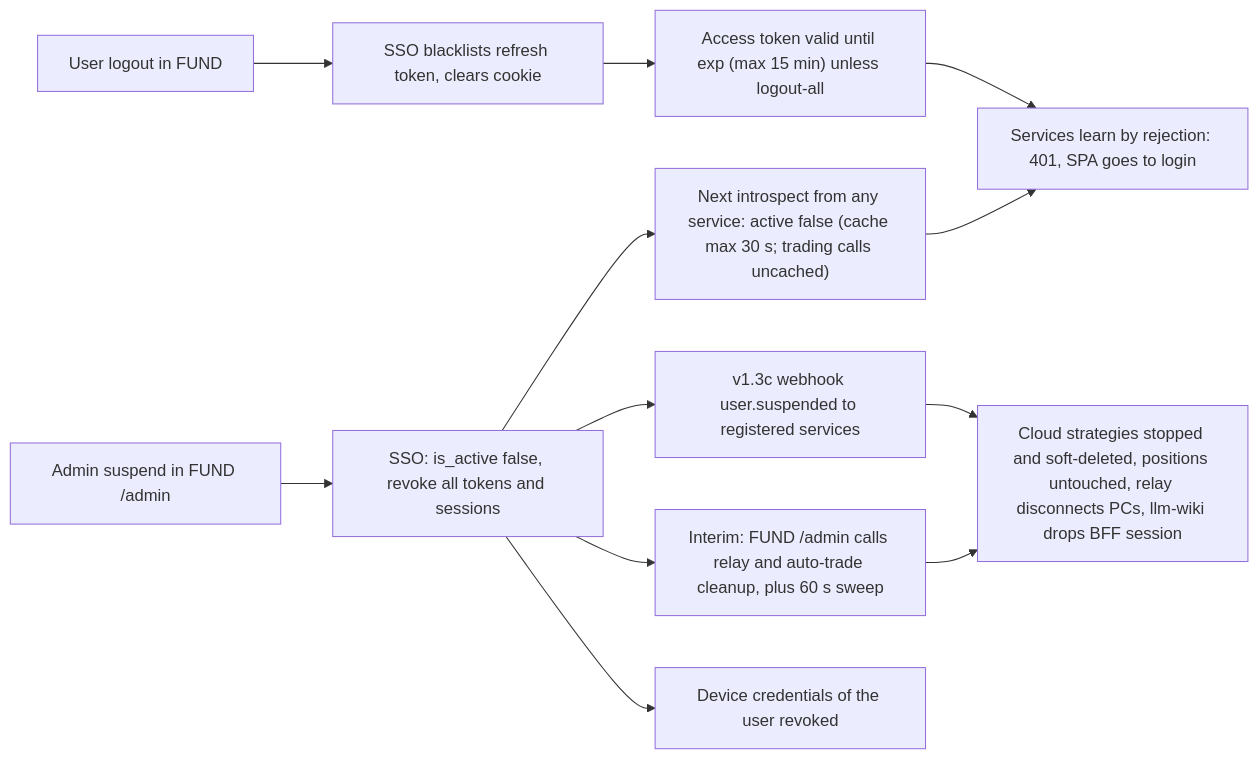
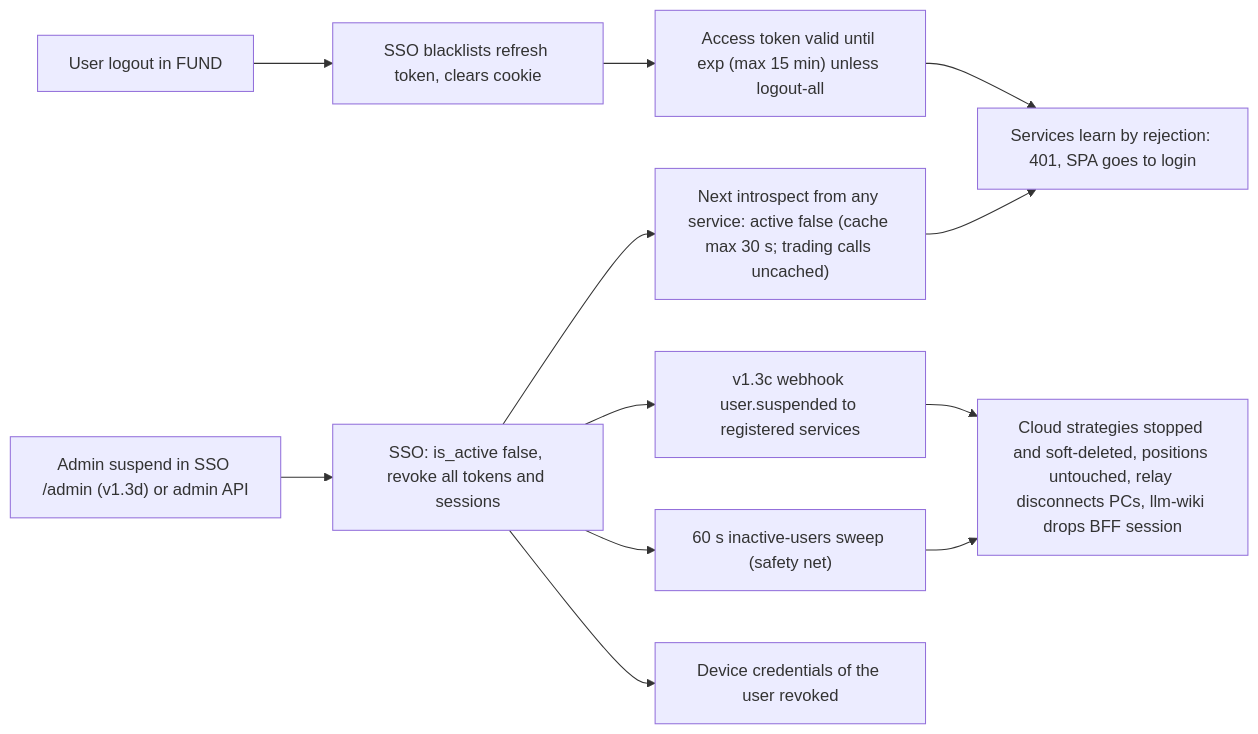
Diagram 17 of 18 in docs/ECOSYSTEM-INTEGRATION.md (Neural-Matrix-LLC/SSO-server), drawn with Mermaid before and after one commit. The commit also changed other lines of this file, not shown here.

Commit message:
docs(ecosystem): admin UI moves to the SSO (/admin, v1.3d); FUND v1.5b loses admin UI; SGMCP v1.4 design pointer

````diff
--- a/docs/ECOSYSTEM-INTEGRATION.md
+++ b/docs/ECOSYSTEM-INTEGRATION.md
@@ -828,14 +855,14 @@
 ```mermaid
 flowchart LR
   L["User logout in FUND"] --> R1["SSO blacklists refresh token, clears cookie"]
   R1 --> R2["Access token valid until exp (max 15 min) unless logout-all"]
-  S["Admin suspend in FUND /admin"] --> S1["SSO: is_active false, revoke all tokens and sessions"]
+  S["Admin suspend in SSO /admin (v1.3d) or admin API"] --> S1["SSO: is_active false, revoke all tokens and sessions"]
   S1 --> S2["Next introspect from any service: active false (cache max 30 s; trading calls uncached)"]
   S1 --> S3["v1.3c webhook user.suspended to registered services"]
-  S1 --> S5["Interim: FUND /admin calls relay and auto-trade cleanup, plus 60 s sweep"]
+  S1 --> S5["60 s inactive-users sweep (safety net)"]
   S1 --> S6["Device credentials of the user revoked"]
   S3 --> S4["Cloud strategies stopped and soft-deleted, positions untouched, relay disconnects PCs, llm-wiki drops BFF session"]
   S5 --> S4
   R2 --> X["Services learn by rejection: 401, SPA goes to login"]
   S2 --> X
 ```
````
